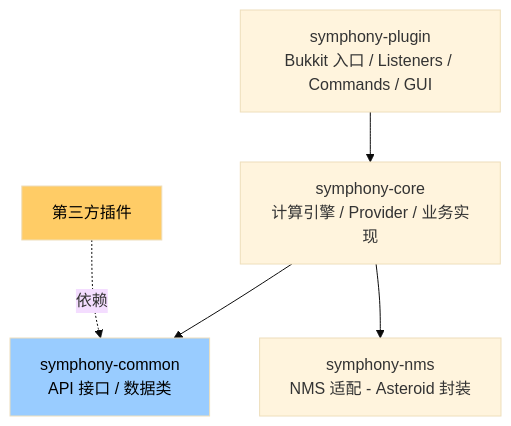
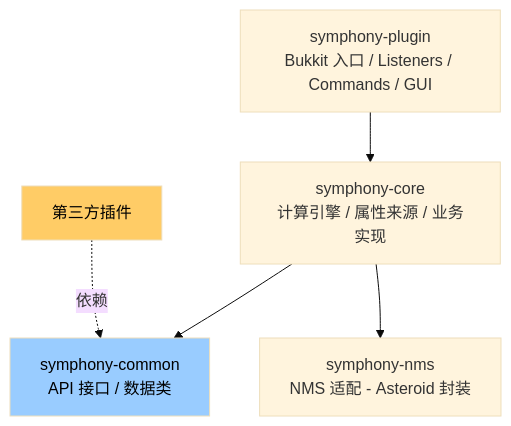
Before and after one commit to 17Artist/Symphony: the first of 2 diagrams in doc/docs/design/01-architecture.md, drawn with Mermaid (base theme). The commit also changed other lines of this file and 2 other files, not shown here.

First line of the commit message:
docs: 启用 mermaid 流程图渲染 + 中英文混排术语本地化

````diff
--- a/doc/docs/design/01-architecture.md
+++ b/doc/docs/design/01-architecture.md
@@ -7,16 +7,16 @@
 ```mermaid
 graph TB
     Plugin[symphony-plugin<br/>Bukkit 入口 / Listeners / Commands / GUI]
-    Core[symphony-core<br/>计算引擎 / Provider / 业务实现]
+    Core[symphony-core<br/>计算引擎 / 属性来源 / 业务实现]
     Common[symphony-common<br/>API 接口 / 数据类]
     NMS[symphony-nms<br/>NMS 适配 - Asteroid 封装]
 
     Plugin --> Core
     Core --> Common
     Core --> NMS
 
     External[第三方插件] -.依赖.-> Common
 
     style Common fill:#9cf,color:#000
     style External fill:#fc6,color:#000
 ```
````
